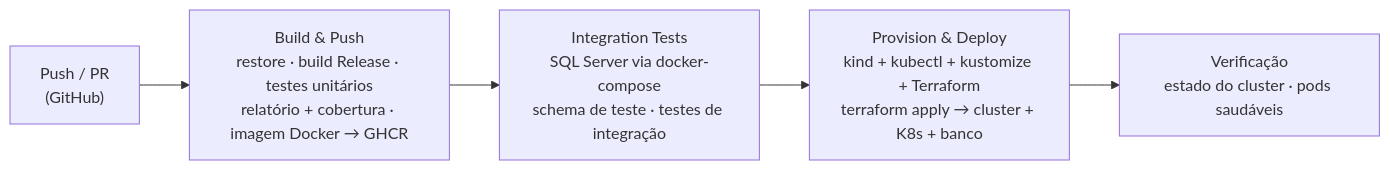
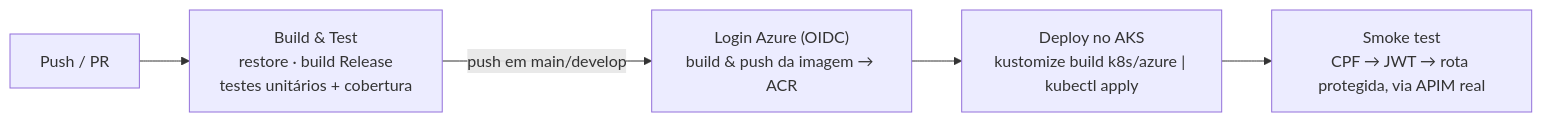
The fourth of 4 diagrams in README.md (Gustavollier/postech-app), drawn with Mermaid before and after one commit. The commit also changed other lines of this file, not shown here.

````diff
--- a/README.md
+++ b/README.md
@@ -114,7 +311,7 @@
 ```mermaid
 graph LR
-    A["Push / PR<br/>(GitHub)"] --> B["Build & Push<br/>restore · build Release · testes unitários<br/>relatório + cobertura · imagem Docker → GHCR"]
-    B --> C["Integration Tests<br/>SQL Server via docker-compose<br/>schema de teste · testes de integração"]
-    C --> D["Provision & Deploy<br/>kind + kubectl + kustomize + Terraform<br/>terraform apply → cluster + K8s + banco"]
-    D --> E["Verificação<br/>estado do cluster · pods saudáveis"]
+    A["Push / PR"] --> B["Build & Test<br/>restore · build Release<br/>testes unitários + cobertura"]
+    B -->|"push em main/develop"| C["Login Azure (OIDC)<br/>build & push da imagem → ACR"]
+    C --> D["Deploy no AKS<br/>kustomize build k8s/azure | kubectl apply"]
+    D --> E["Smoke test<br/>CPF → JWT → rota protegida, via APIM real"]
 ```
````
